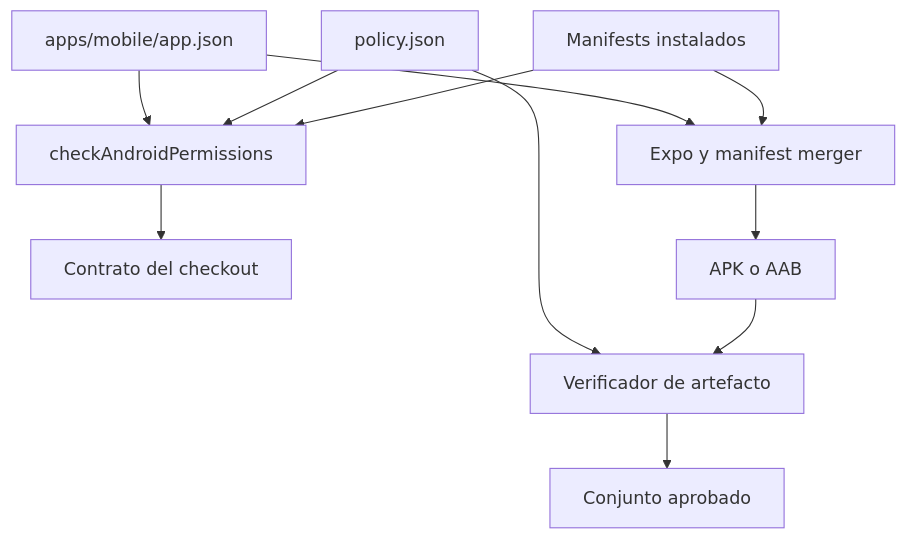
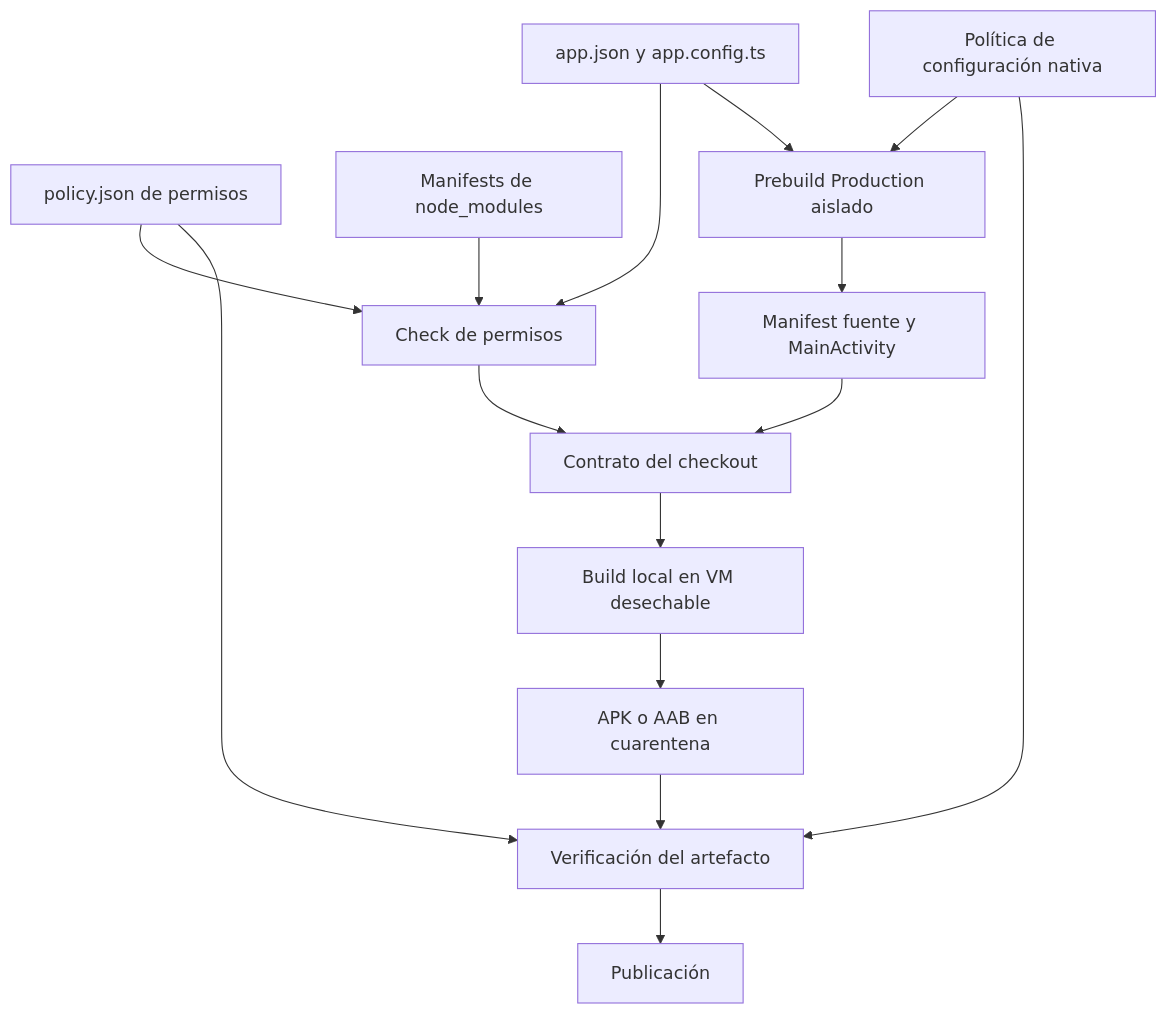
Before and after one commit to maximofn/gymnasia: the diagram in openwiki/operations/android-permissions.md, drawn with Mermaid. The commit also changed other lines of this file and 54 other files, not shown here.

````diff
--- a/openwiki/operations/android-permissions.md
+++ b/openwiki/operations/android-permissions.md
@@ -64,13 +68,17 @@
 ```mermaid
 flowchart TD
-    Config["apps/mobile/app.json"] --> Local["checkAndroidPermissions"]
-    Policy["policy.json"] --> Local
-    Dependencies["Manifests instalados"] --> Local
-    Local --> Checkout["Contrato del checkout"]
-    Config --> Build["Expo y manifest merger"]
-    Dependencies --> Build
-    Build --> Artifact["APK o AAB"]
-    Policy --> ArtifactCheck["Verificador de artefacto"]
-    Artifact --> ArtifactCheck
-    ArtifactCheck --> Release["Conjunto aprobado"]
+    Config["app.json y app.config.ts"] --> PermissionCheck["Check de permisos"]
+    PermissionPolicy["policy.json de permisos"] --> PermissionCheck
+    Dependencies["Manifests de node_modules"] --> PermissionCheck
+    Config --> Prebuild["Prebuild Production aislado"]
+    NativePolicy["Política de configuración nativa"] --> Prebuild
+    Prebuild --> SourceManifest["Manifest fuente y MainActivity"]
+    PermissionCheck --> SourceGate["Contrato del checkout"]
+    SourceManifest --> SourceGate
+    SourceGate --> LocalBuild["Build local en VM desechable"]
+    LocalBuild --> Quarantine["APK o AAB en cuarentena"]
+    Quarantine --> ArtifactCheck["Verificación del artefacto"]
+    PermissionPolicy --> ArtifactCheck
+    NativePolicy --> ArtifactCheck
+    ArtifactCheck --> Release["Publicación"]
 ```
````
